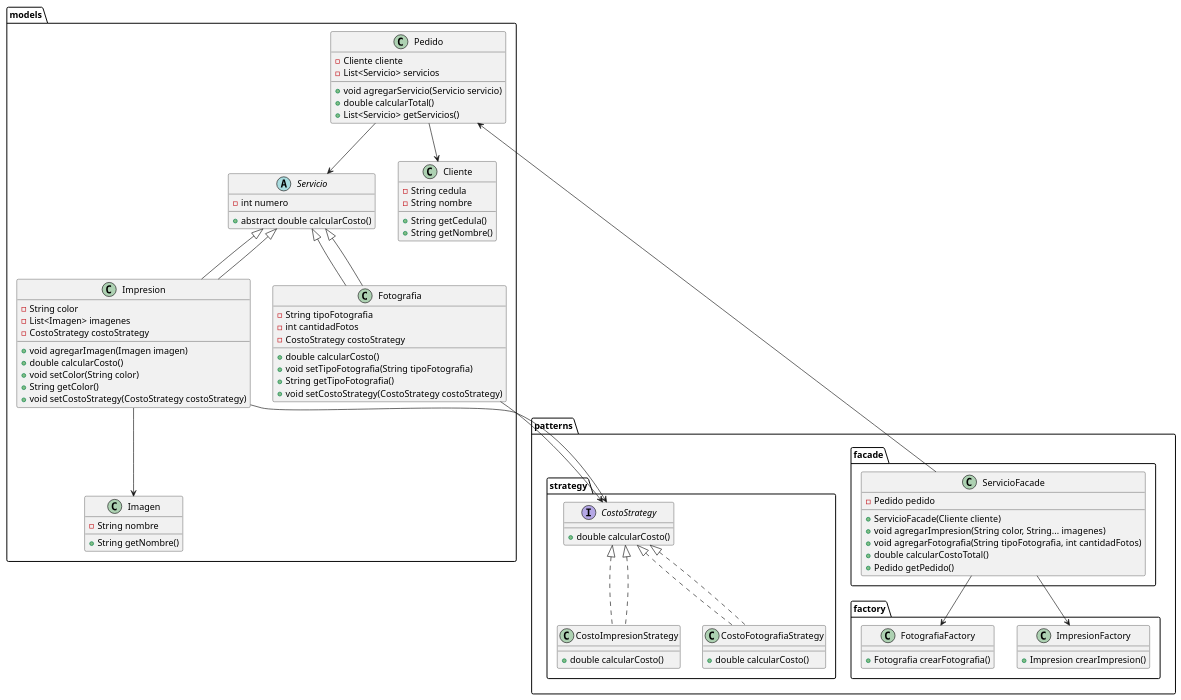
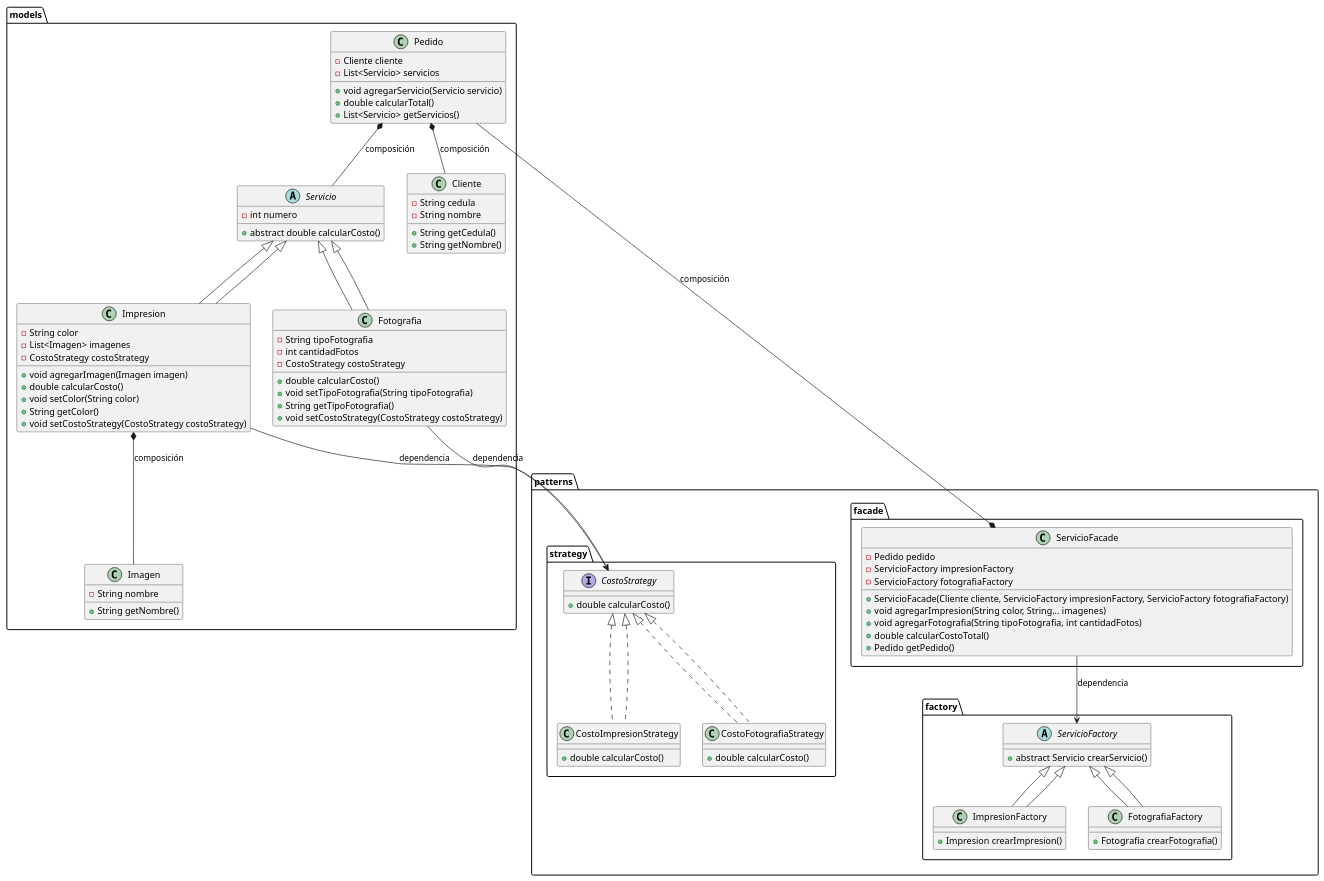
Before and after one commit to mtapesc/PATRONES-DE-DISE-O-SEGUNDO-CORTE: the diagram in UML.puml, drawn with PlantUML.

Commit message:
SE CORRIGIO EL UML

```diff
--- a/UML.puml
+++ b/UML.puml
@@ -1,102 +1,109 @@
 @startuml UML
 
 ' Paquete principal
 package "models" {
     abstract class Servicio {
         - int numero
         + abstract double calcularCosto()
     }
 
     class Impresion extends Servicio {
         - String color
         - List<Imagen> imagenes
         - CostoStrategy costoStrategy
         + void agregarImagen(Imagen imagen)
         + double calcularCosto()
         + void setColor(String color)
         + String getColor()
         + void setCostoStrategy(CostoStrategy costoStrategy)
     }
 
     class Fotografia extends Servicio {
         - String tipoFotografia
         - int cantidadFotos
         - CostoStrategy costoStrategy
         + double calcularCosto()
         + void setTipoFotografia(String tipoFotografia)
         + String getTipoFotografia()
         + void setCostoStrategy(CostoStrategy costoStrategy)
     }
 
     class Pedido {
         - Cliente cliente
         - List<Servicio> servicios
         + void agregarServicio(Servicio servicio)
         + double calcularTotal()
         + List<Servicio> getServicios()
     }
 
     class Cliente {
         - String cedula
         - String nombre
         + String getCedula()
         + String getNombre()
     }
 
     class Imagen {
         - String nombre
         + String getNombre()
     }
 }
 
 ' Paquete de patrones de diseño
 package "patterns.strategy" {
     interface CostoStrategy {
         + double calcularCosto()
     }
 
     class CostoImpresionStrategy implements CostoStrategy {
         + double calcularCosto()
     }
 
     class CostoFotografiaStrategy implements CostoStrategy {
         + double calcularCosto()
     }
 }
 
 package "patterns.factory" {
-    class ImpresionFactory {
+    abstract class ServicioFactory {
+        + abstract Servicio crearServicio()
+    }
+
+    class ImpresionFactory extends ServicioFactory {
         + Impresion crearImpresion()
     }
 
-    class FotografiaFactory {
+    class FotografiaFactory extends ServicioFactory {
         + Fotografia crearFotografia()
     }
 }
 
 package "patterns.facade" {
     class ServicioFacade {
         - Pedido pedido
-        + ServicioFacade(Cliente cliente)
+        - ServicioFactory impresionFactory
+        - ServicioFactory fotografiaFactory
+        + ServicioFacade(Cliente cliente, ServicioFactory impresionFactory, ServicioFactory fotografiaFactory)
         + void agregarImpresion(String color, String... imagenes)
         + void agregarFotografia(String tipoFotografia, int cantidadFotos)
         + double calcularCostoTotal()
         + Pedido getPedido()
     }
 }
 
 ' Relaciones
 Servicio <|-- Impresion
 Servicio <|-- Fotografia
-Pedido --> Cliente
-Pedido --> Servicio
-Impresion --> Imagen
-Impresion --> CostoStrategy
-Fotografia --> CostoStrategy
+Pedido *-- Cliente : composición
+Pedido *-- Servicio : composición
+Impresion *-- Imagen : composición
+Impresion --> CostoStrategy : dependencia
+Fotografia --> CostoStrategy : dependencia
 CostoStrategy <|.. CostoImpresionStrategy
 CostoStrategy <|.. CostoFotografiaStrategy
-ServicioFacade --> Pedido
-ServicioFacade --> ImpresionFactory
-ServicioFacade --> FotografiaFactory
+ServicioFacade *-- Pedido : composición
+ServicioFacade --> ServicioFactory : dependencia
+ServicioFactory <|-- ImpresionFactory
+ServicioFactory <|-- FotografiaFactory
 
 @enduml
```
